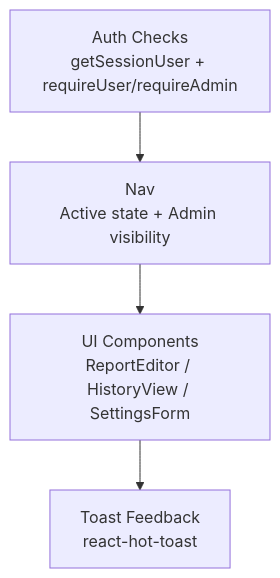
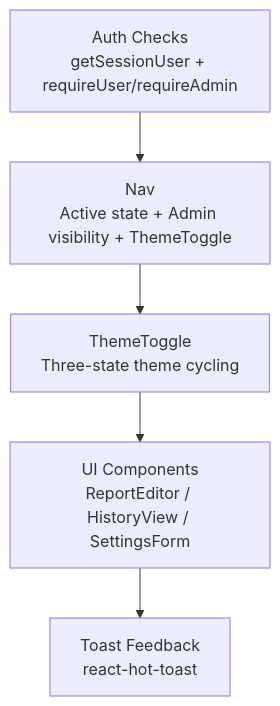
One commit to jrj444/git-daily changed the eighth of 9 diagrams in .qoder/repowiki/en/content/Frontend Components/Navigation and UI Elements.md. Above: the diagram before and after it, drawn with Mermaid. The commit also changed other lines of this file and 4 other files, not shown here.

````diff
--- a/.qoder/repowiki/en/content/Frontend Components/Navigation and UI Elements.md
+++ b/.qoder/repowiki/en/content/Frontend Components/Navigation and UI Elements.md
@@ -396,6 +455,7 @@
 ```mermaid
 graph TB
-AUTH["Auth Checks<br/>getSessionUser + requireUser/requireAdmin"] --> NAV["Nav<br/>Active state + Admin visibility"]
-NAV --> UI["UI Components<br/>ReportEditor / HistoryView / SettingsForm"]
+AUTH["Auth Checks<br/>getSessionUser + requireUser/requireAdmin"] --> NAV["Nav<br/>Active state + Admin visibility + ThemeToggle"]
+NAV --> THEME["ThemeToggle<br/>Three-state theme cycling"]
+THEME --> UI["UI Components<br/>ReportEditor / HistoryView / SettingsForm"]
 UI --> FEEDBACK["Toast Feedback<br/>react-hot-toast"]
 ```
````
